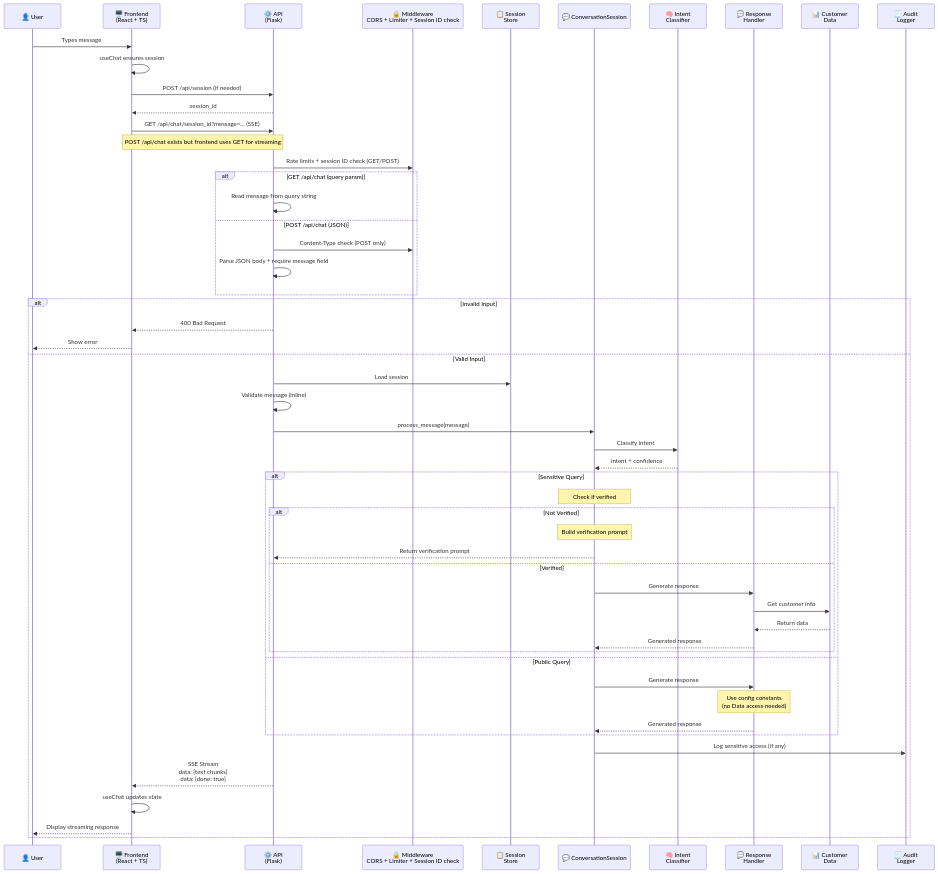
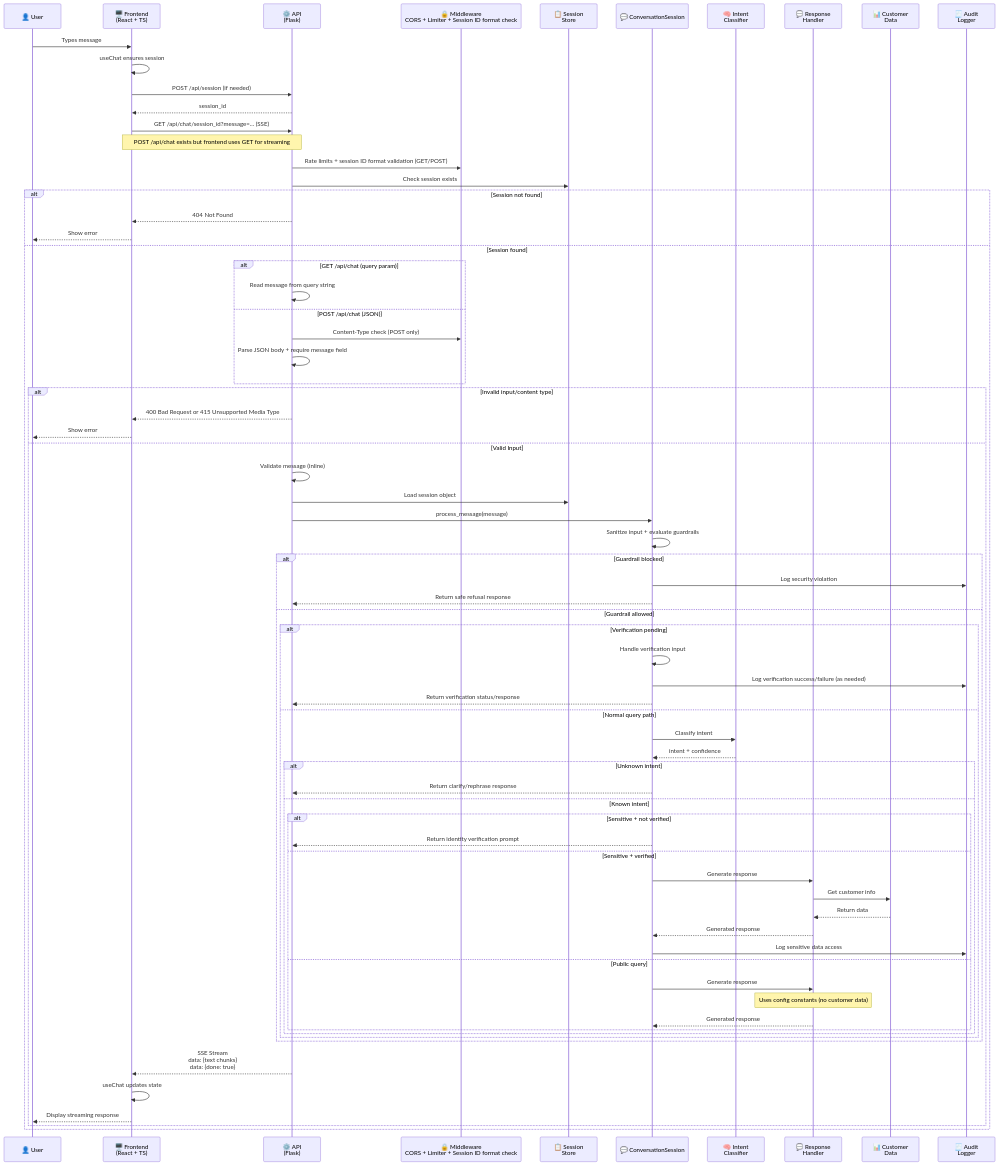
The second of 2 diagrams in README.md (polarbeargo/bank-customer-service-chatbot), drawn with Mermaid before and after one commit. The commit also changed other lines of this file and 5 other files, not shown here.

````diff
--- a/README.md
+++ b/README.md
@@ -73,60 +81,78 @@
 ```mermaid
 sequenceDiagram
    participant User as 👤 User
    participant Frontend as 🖥️ Frontend<br/>(React + TS)
    participant API as ⚙️ API<br/>(Flask)
-   participant Middleware as 🔒 Middleware<br/>CORS + Limiter + Session ID check
+   participant Middleware as 🔒 Middleware<br/>CORS + Limiter + Session ID format check
    participant Session as 📋 Session<br/>Store
    participant Engine as 💬 ConversationSession
    participant Intent as 🧠 Intent<br/>Classifier
    participant Response as 💬 Response<br/>Handler
    participant Data as 📊 Customer<br/>Data
    participant Audit as 🧾 Audit<br/>Logger
 
    User->>Frontend: Types message
    Frontend->>Frontend: useChat ensures session
    Frontend->>API: POST /api/session (if needed)
    API-->>Frontend: session_id
    Frontend->>API: GET /api/chat/session_id?message=... (SSE)
    Note over Frontend,API: POST /api/chat exists but frontend uses GET for streaming
     
-   API->>Middleware: Rate limits + session ID check (GET/POST)
+   API->>Middleware: Rate limits + session ID format validation (GET/POST)
+   API->>Session: Check session exists
+   alt Session not found
+      API-->>Frontend: 404 Not Found
+      Frontend-->>User: Show error
+   else Session found
    alt GET /api/chat (query param)
       API->>API: Read message from query string
    else POST /api/chat (JSON)
       API->>Middleware: Content-Type check (POST only)
       API->>API: Parse JSON body + require message field
    end
-   alt Invalid Input
-      API-->>Frontend: 400 Bad Request
+   alt Invalid input/content type
+      API-->>Frontend: 400 Bad Request or 415 Unsupported Media Type
       Frontend-->>User: Show error
    else Valid Input
-      API->>Session: Load session
       API->>API: Validate message (inline)
+      API->>Session: Load session object
       API->>Engine: process_message(message)
-      Engine->>Intent: Classify intent
-      Intent-->>Engine: intent + confidence
-        
-      alt Sensitive Query
-         Note over Engine: Check if verified
-         alt Not Verified
-            Note over Engine: Build verification prompt
-            Engine-->>API: Return verification prompt
-         else Verified
-            Engine->>Response: Generate response
-            Response->>Data: Get customer info
-            Data-->>Response: Return data
-            Response-->>Engine: Generated response
+
+      Engine->>Engine: Sanitize input + evaluate guardrails
+      alt Guardrail blocked
+         Engine->>Audit: Log security violation
+         Engine-->>API: Return safe refusal response
+      else Guardrail allowed
+         alt Verification pending
+            Engine->>Engine: Handle verification input
+            Engine->>Audit: Log verification success/failure (as needed)
+            Engine-->>API: Return verification status/response
+         else Normal query path
+            Engine->>Intent: Classify intent
+            Intent-->>Engine: intent + confidence
+            alt Unknown intent
+               Engine-->>API: Return clarify/rephrase response
+            else Known intent
+               alt Sensitive + not verified
+                  Engine-->>API: Return identity verification prompt
+               else Sensitive + verified
+                  Engine->>Response: Generate response
+                  Response->>Data: Get customer info
+                  Data-->>Response: Return data
+                  Response-->>Engine: Generated response
+                  Engine->>Audit: Log sensitive data access
+               else Public query
+                  Engine->>Response: Generate response
+                  Note over Response: Uses config constants (no customer data)
+                  Response-->>Engine: Generated response
+               end
+            end
          end
-      else Public Query
-         Engine->>Response: Generate response
-         Note over Response: Use config constants<br/>(no Data access needed)
-         Response-->>Engine: Generated response
       end
 
-      Engine->>Audit: Log sensitive access (if any)
       API-->>Frontend: SSE Stream<br/>data: {text chunks}<br/>data: {done: true}
       Frontend->>Frontend: useChat updates state
       Frontend-->>User: Display streaming response
    end
+   end
 ```
````
